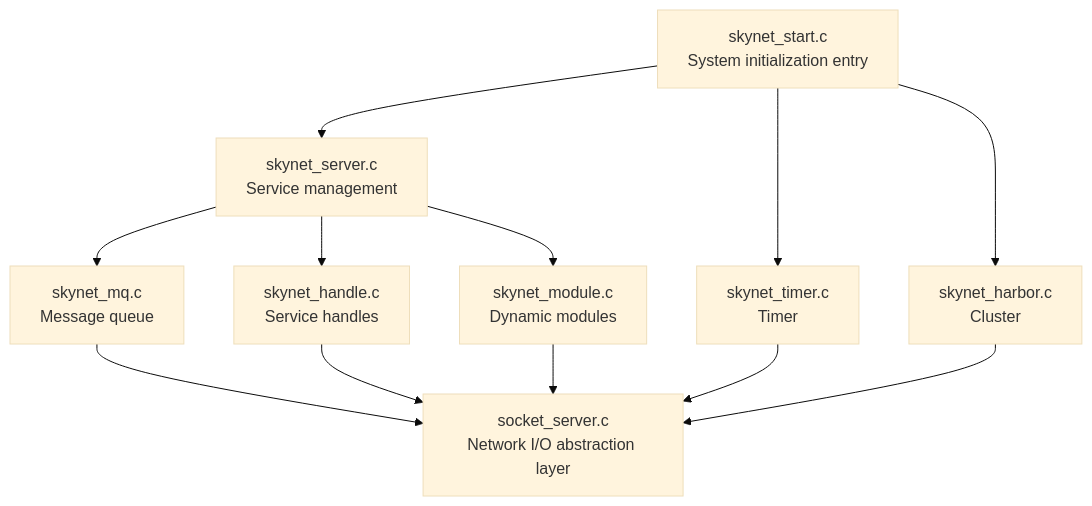
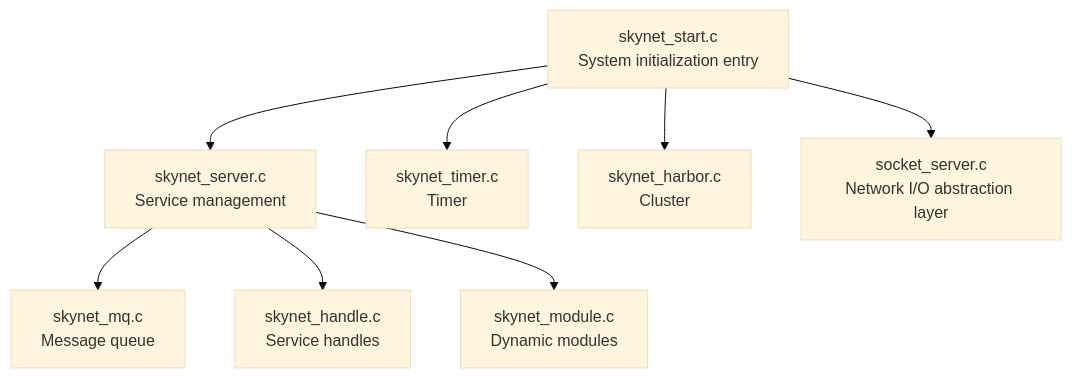
One commit to cuihairu/skynet changed the first of 3 diagrams in docs/analysis/core-modules.md. Above: the diagram before and after it, drawn with Mermaid (base theme). The commit also changed other lines of this file and 4 other files, not shown here.

````diff
--- a/docs/analysis/core-modules.md
+++ b/docs/analysis/core-modules.md
@@ -7,19 +7,13 @@
 ```mermaid
 graph TB
     Start[skynet_start.c<br/>System initialization entry]
 
     Start --> Server[skynet_server.c<br/>Service management]
     Start --> Timer[skynet_timer.c<br/>Timer]
     Start --> Harbor[skynet_harbor.c<br/>Cluster]
+    Start --> Socket[socket_server.c<br/>Network I/O abstraction layer]
 
     Server --> MQ[skynet_mq.c<br/>Message queue]
     Server --> Handle[skynet_handle.c<br/>Service handles]
     Server --> Module[skynet_module.c<br/>Dynamic modules]
-
-    MQ --> Socket[socket_server.c<br/>Network I/O abstraction layer]
-    Handle --> Socket
-    Module --> Socket
-
-    Timer --> Socket
-    Harbor --> Socket
 ```
````
